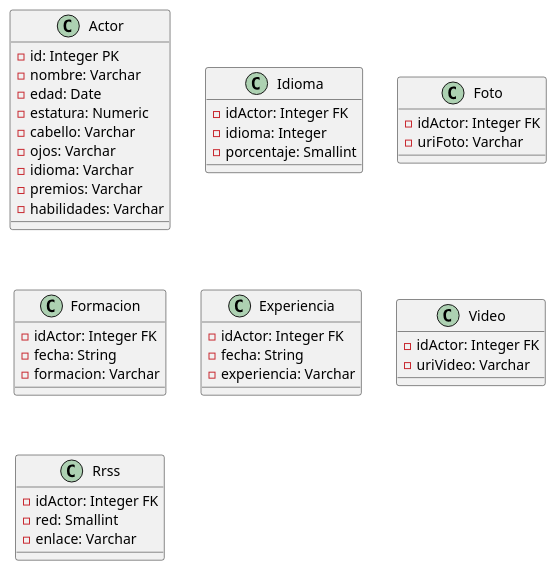
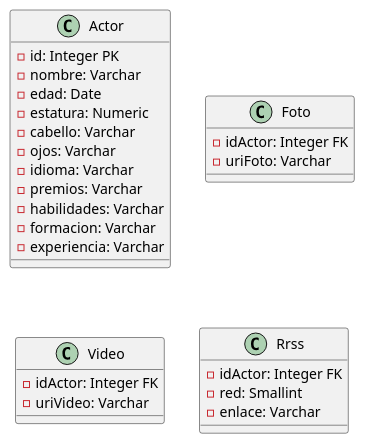
The diagram in schemasql/cda.wsd (xaviqo/cda_pevn), drawn with PlantUML before and after one commit. The commit also changed 6 other files, not shown here.

```diff
--- a/schemasql/cda.wsd
+++ b/schemasql/cda.wsd
@@ -1,48 +1,32 @@
 @startuml
 
 class Actor {
     - id: Integer PK
     - nombre: Varchar
     - edad: Date
     - estatura: Numeric
     - cabello: Varchar
     - ojos: Varchar
     - idioma: Varchar
     - premios: Varchar
     - habilidades: Varchar
-}
-
-class Idioma {
-    - idActor: Integer FK
-    - idioma: Integer 
-    - porcentaje: Smallint
+    - formacion: Varchar
+    - experiencia: Varchar
 }
 
 class Foto {
     - idActor: Integer FK
     - uriFoto: Varchar
-}
-
-class Formacion {
-    - idActor: Integer FK
-    - fecha: String
-    - formacion: Varchar
-}
-
-class Experiencia {
-    - idActor: Integer FK
-    - fecha: String
-    - experiencia: Varchar
 }
 
 class Video {
     - idActor: Integer FK
     - uriVideo: Varchar
 }
 
 class Rrss {
     - idActor: Integer FK
     - red: Smallint
     - enlace: Varchar
 }
 @enduml
```
